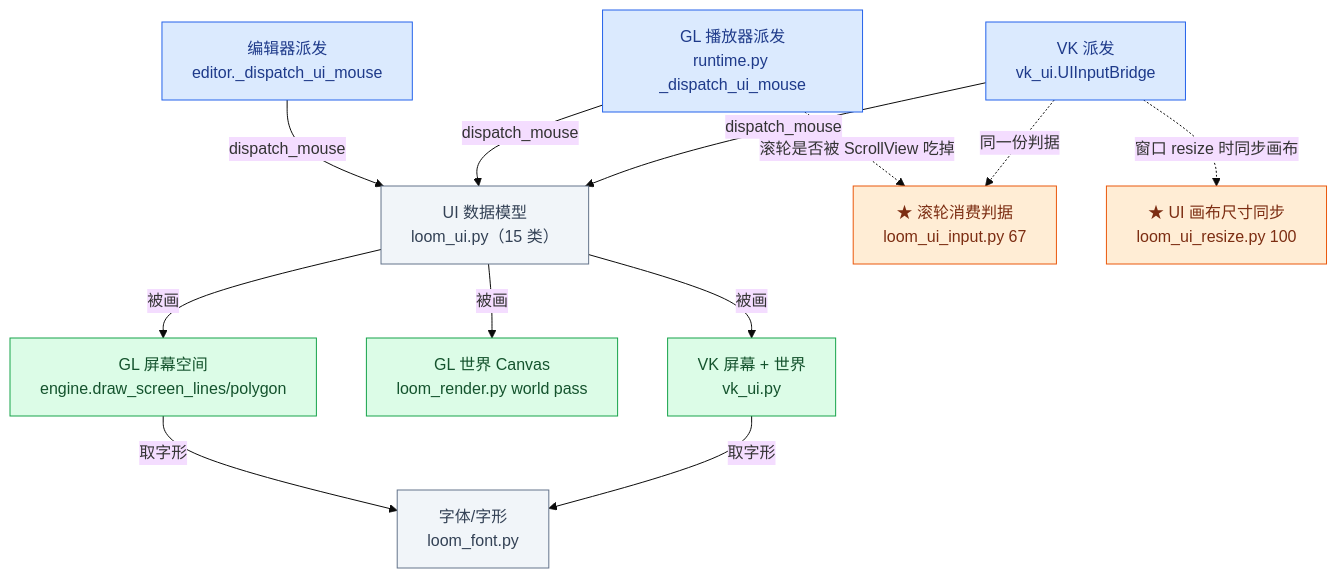
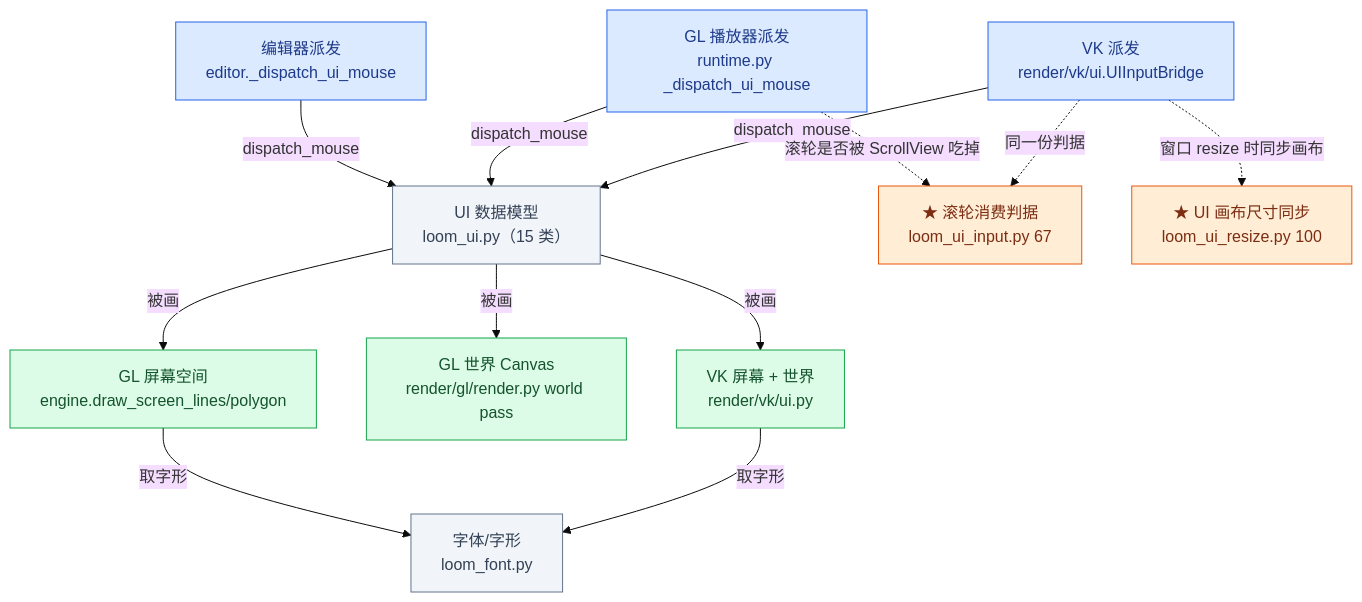
Before and after one commit to lhy302/WeaveEngine: the eighth of 23 diagrams in ARCHITECTURE.md, drawn with Mermaid (base theme). The commit also changed other lines of this file and 97 other files, not shown here.

````diff
--- a/ARCHITECTURE.md
+++ b/ARCHITECTURE.md
@@ -367,28 +367,28 @@
 ```mermaid
 flowchart TB
   D["UI 数据模型<br/>loom_ui.py（15 类）"]:::file
   S1["★ 滚轮消费判据<br/>loom_ui_input.py 67"]:::contract
   S2["★ UI 画布尺寸同步<br/>loom_ui_resize.py 100"]:::contract
   P1["GL 屏幕空间<br/>engine.draw_screen_lines/polygon"]:::impl
-  P2["GL 世界 Canvas<br/>loom_render.py world pass"]:::impl
-  P3["VK 屏幕 + 世界<br/>vk_ui.py"]:::impl
+  P2["GL 世界 Canvas<br/>render/gl/render.py world pass"]:::impl
+  P3["VK 屏幕 + 世界<br/>render/vk/ui.py"]:::impl
   E1["编辑器派发<br/>editor._dispatch_ui_mouse"]:::entry
   E2["GL 播放器派发<br/>runtime.py _dispatch_ui_mouse"]:::entry
-  E3["VK 派发<br/>vk_ui.UIInputBridge"]:::entry
+  E3["VK 派发<br/>render/vk/ui.UIInputBridge"]:::entry
   F["字体/字形<br/>loom_font.py"]:::file
   D -->|被画| P1
   D -->|被画| P2
   D -->|被画| P3
   P1 -->|取字形| F
   P3 -->|取字形| F
   E1 -->|dispatch_mouse| D
   E2 -->|dispatch_mouse| D
   E3 -->|dispatch_mouse| D
   E2 -.->|滚轮是否被 ScrollView 吃掉| S1
   E3 -.->|同一份判据| S1
   E3 -.->|窗口 resize 时同步画布| S2
   classDef entry fill:#dbeafe,stroke:#2563eb,color:#1e3a8a
   classDef impl fill:#dcfce7,stroke:#16a34a,color:#14532d
   classDef contract fill:#ffedd5,stroke:#ea580c,color:#7c2d12
   classDef file fill:#f1f5f9,stroke:#64748b,color:#334155
 ```
````
